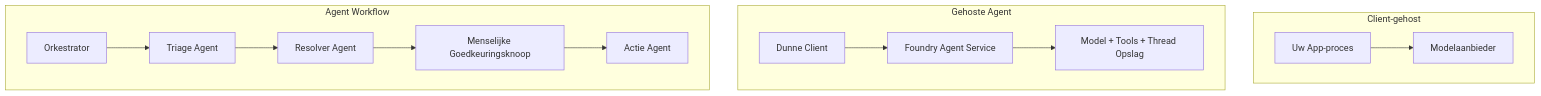
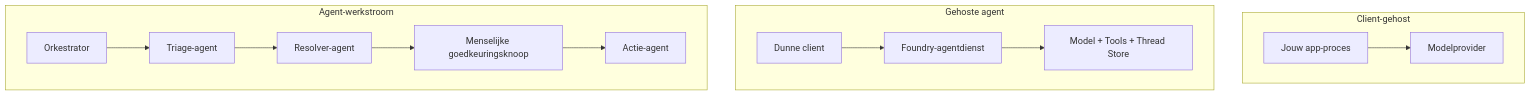
Before and after one commit to gabrielmoreira/agent-skills-mirror: the first of 4 diagrams in mirrors/repos/microsoft@ai-agents-for-beginners/translations/nl/16-deploying-scalable-agents/README.md, drawn with Mermaid. The commit also changed other lines of this file and 3581 other files, not shown here.

````diff
--- a/mirrors/repos/microsoft@ai-agents-for-beginners/translations/nl/16-deploying-scalable-agents/README.md
+++ b/mirrors/repos/microsoft@ai-agents-for-beginners/translations/nl/16-deploying-scalable-agents/README.md
@@ -87,16 +87,16 @@
 ```mermaid
 flowchart TB
     subgraph P1[Client-gehost]
-        A1[Uw App-proces] --> M1[Modelaanbieder]
+        A1[Jouw app-proces] --> M1[Modelprovider]
     end
-    subgraph P2[Gehoste Agent]
-        A2[Dunne Client] --> F2[Foundry Agent Service]
-        F2 --> M2[Model + Tools + Thread Opslag]
+    subgraph P2[Gehoste agent]
+        A2[Dunne client] --> F2[Foundry-agentdienst]
+        F2 --> M2[Model + Tools + Thread Store]
     end
-    subgraph P3[Agent Workflow]
-        A3[Orkestrator] --> S1[Triage Agent]
-        S1 --> S2[Resolver Agent]
-        S2 --> H[Menselijke Goedkeuringsknoop]
-        H --> S3[Actie Agent]
+    subgraph P3[Agent-werkstroom]
+        A3[Orkestrator] --> S1[Triage-agent]
+        S1 --> S2[Resolver-agent]
+        S2 --> H[Menselijke goedkeuringsknoop]
+        H --> S3[Actie-agent]
     end
 ```
````
